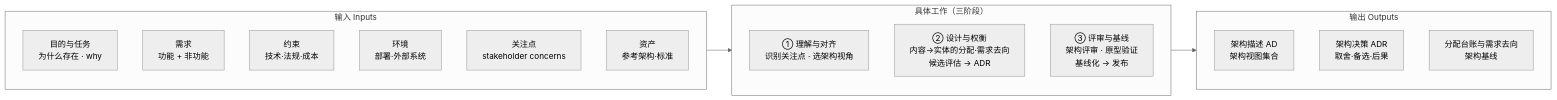
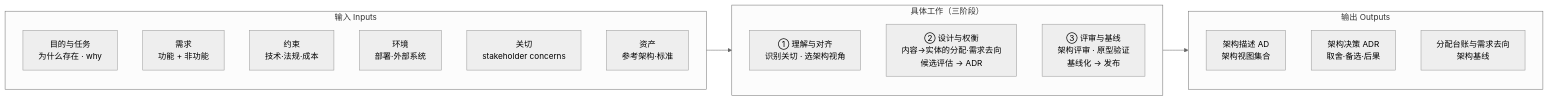
One commit to Yongjunzhou/business-Engineering changed the third of 11 diagrams in 10-系统工程研究/00-系统工程相关研究报告/10-架构设计方法论全景研究报告.md. Above: the diagram before and after it, drawn with Mermaid (neutral theme). The commit also changed other lines of this file and 33 other files, not shown here.

````diff
--- a/10-系统工程研究/00-系统工程相关研究报告/10-架构设计方法论全景研究报告.md
+++ b/10-系统工程研究/00-系统工程相关研究报告/10-架构设计方法论全景研究报告.md
@@ -407,22 +407,22 @@
 ```mermaid
 flowchart LR
     subgraph IN["输入 Inputs"]
         I0[目的与任务<br/>为什么存在 · why]
         I1[需求<br/>功能 + 非功能]
         I2[约束<br/>技术·法规·成本]
         I3[环境<br/>部署·外部系统]
-        I4[关注点<br/>stakeholder concerns]
+        I4[关切<br/>stakeholder concerns]
         I5[资产<br/>参考架构·标准]
     end
     subgraph WORK["具体工作（三阶段）"]
-        W1[① 理解与对齐<br/>识别关注点 · 选架构视角]
+        W1[① 理解与对齐<br/>识别关切 · 选架构视角]
         W2[② 设计与权衡<br/>内容→实体的分配·需求去向<br/>候选评估 → ADR]
         W3[③ 评审与基线<br/>架构评审 · 原型验证<br/>基线化 → 发布]
     end
     subgraph OUT["输出 Outputs"]
         O1[架构描述 AD<br/>架构视图集合]
         O2[架构决策 ADR<br/>取舍·备选·后果]
         O3[分配台账与需求去向<br/>架构基线]
     end
     IN --> WORK --> OUT
 ```
````
